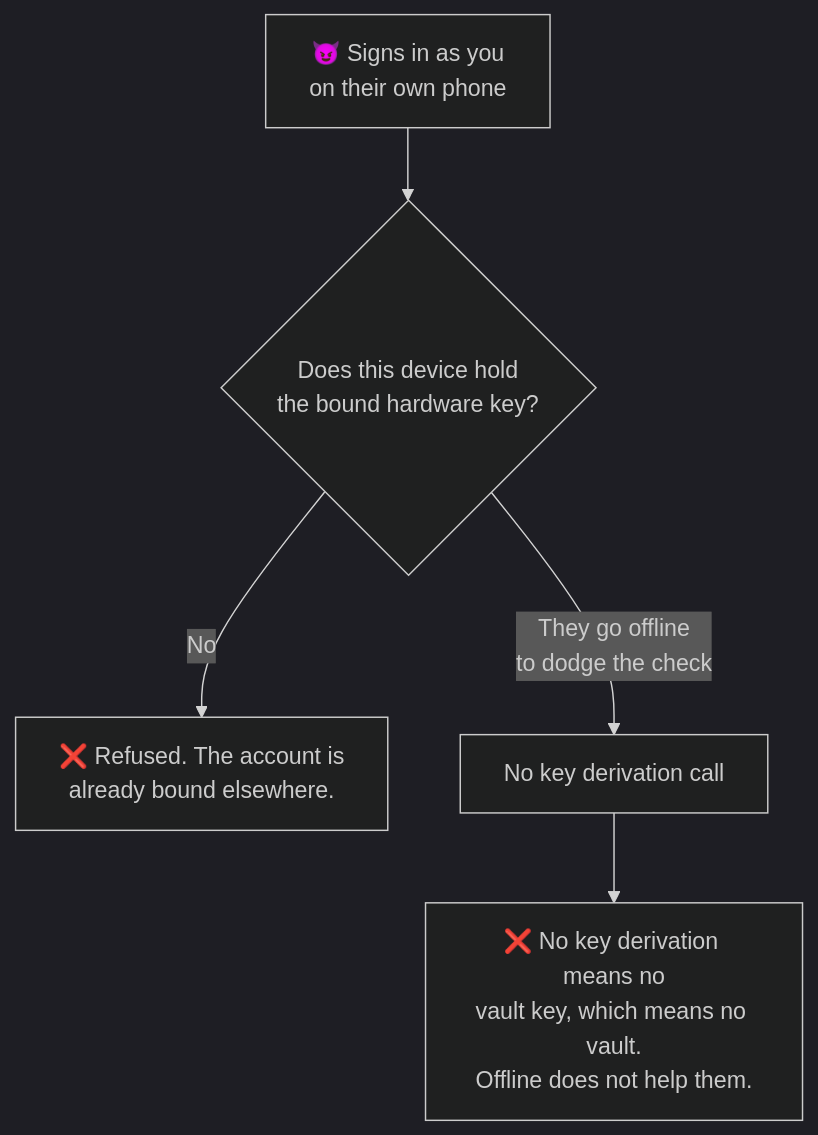
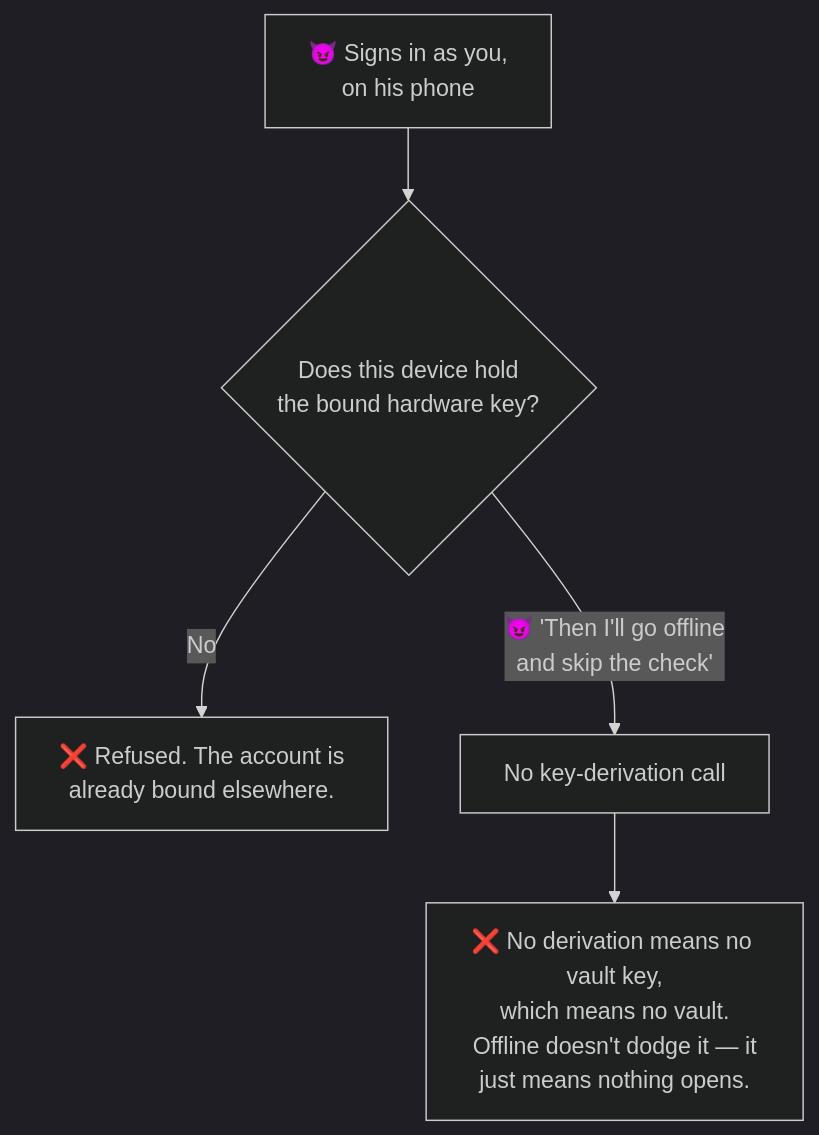
One commit to TuPhung369/passwordepic-website changed the third of 11 diagrams in docs/attack-scenarios.md. Above: the diagram before and after it, drawn with Mermaid (dark theme). The commit also changed other lines of this file and 6 other files, not shown here.

````diff
--- a/docs/attack-scenarios.md
+++ b/docs/attack-scenarios.md
@@ -54,7 +98,7 @@
 ```mermaid
 flowchart TD
-  A["😈 Signs in as you<br/>on their own phone"] --> B{"Does this device hold<br/>the bound hardware key?"}
+  A["😈 Signs in as you,<br/>on his phone"] --> B{"Does this device hold<br/>the bound hardware key?"}
   B -->|"No"| C["❌ Refused. The account is<br/>already bound elsewhere."]
-  B -->|"They go offline<br/>to dodge the check"| D["No key derivation call"]
-  D --> E["❌ No key derivation means no<br/>vault key, which means no vault.<br/>Offline does not help them."]
+  B -->|"😈 'Then I'll go offline<br/>and skip the check'"| D["No key-derivation call"]
+  D --> E["❌ No derivation means no vault key,<br/>which means no vault.<br/>Offline doesn't dodge it — it<br/>just means nothing opens."]
 ```
````
